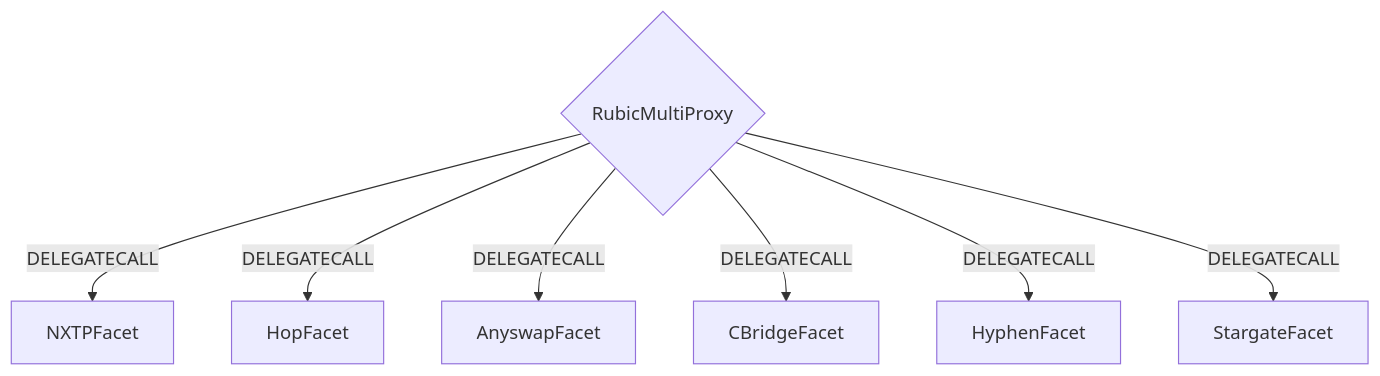
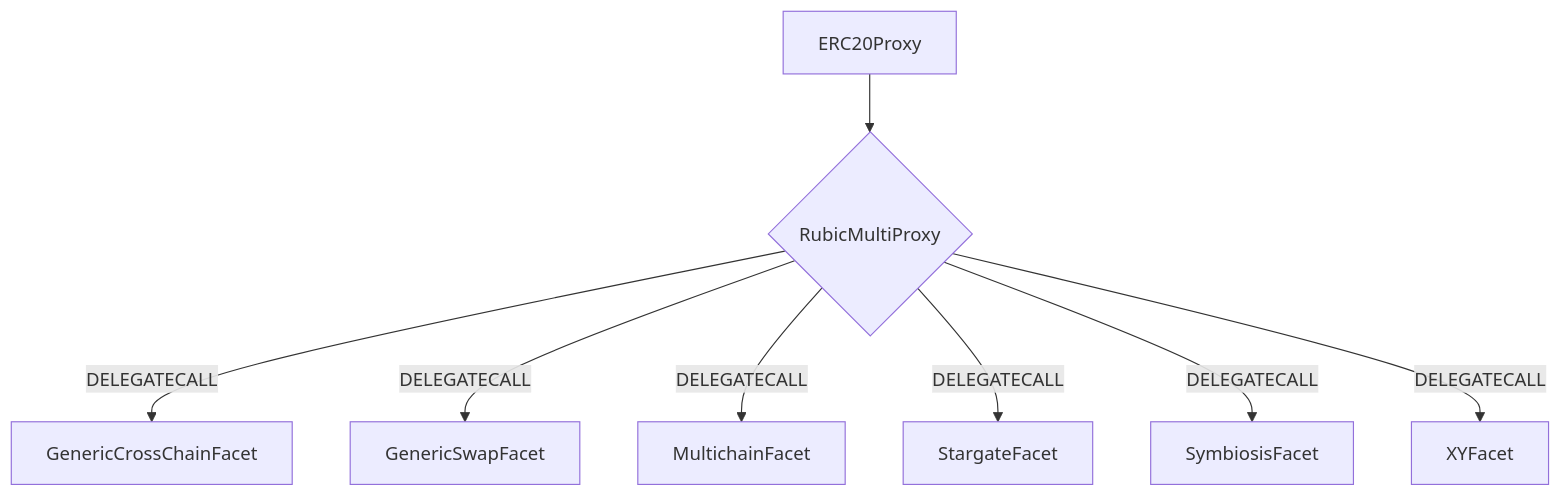
The first of 2 diagrams in README.md (Cryptorubic/multi-proxy-rubic), drawn with Mermaid before and after one commit. The commit also changed other lines of this file, not shown here.

````diff
--- a/README.md
+++ b/README.md
@@ -111,9 +45,10 @@
 ```mermaid
 graph TD;
-    D{RubicMultiProxy}-- DELEGATECALL -->NXTPFacet;
-    D{RubicMultiProxy}-- DELEGATECALL -->HopFacet;
-    D{RubicMultiProxy}-- DELEGATECALL -->AnyswapFacet;
-    D{RubicMultiProxy}-- DELEGATECALL -->CBridgeFacet;
-    D{RubicMultiProxy}-- DELEGATECALL -->HyphenFacet;
+    ERC20Proxy--> D{RubicMultiProxy};
+    D{RubicMultiProxy}-- DELEGATECALL -->GenericCrossChainFacet;
+    D{RubicMultiProxy}-- DELEGATECALL -->GenericSwapFacet;
+    D{RubicMultiProxy}-- DELEGATECALL -->MultichainFacet;
     D{RubicMultiProxy}-- DELEGATECALL -->StargateFacet;
+    D{RubicMultiProxy}-- DELEGATECALL -->SymbiosisFacet;
+    D{RubicMultiProxy}-- DELEGATECALL -->XYFacet;
 ```
````
